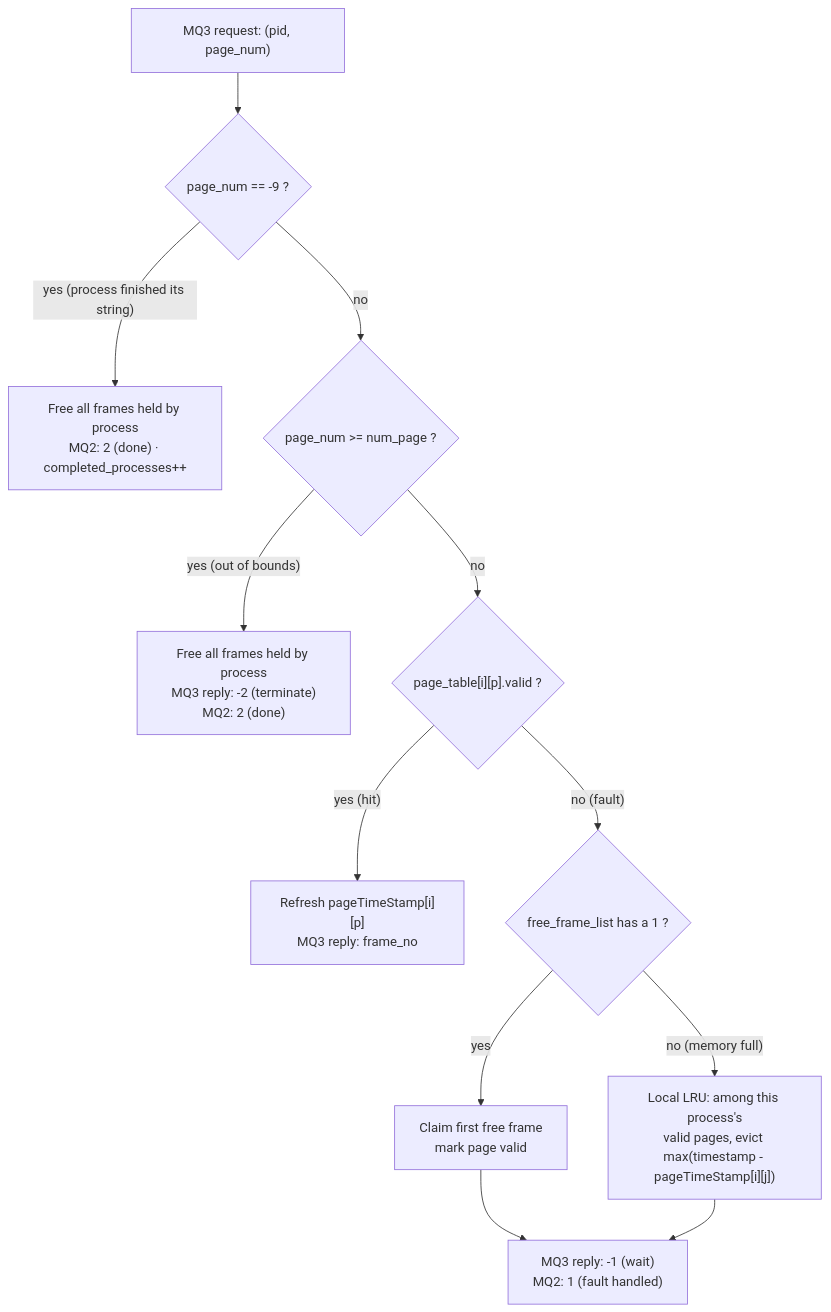
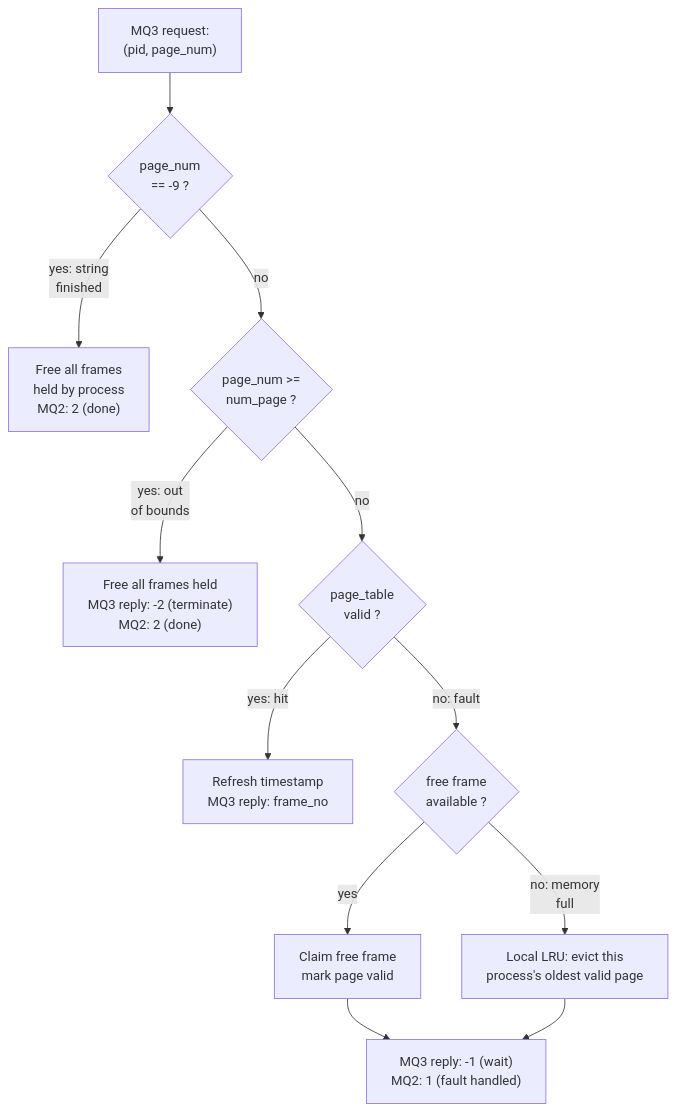
Before and after one commit to amanjuneja420/virtual-memory-simulation: the second of 3 diagrams in README.md, drawn with Mermaid. The commit also changed other lines of this file, not shown here.

Commit message:
Fix mermaid flowchart text overflow with explicit <br/> line breaks
Node labels using literal \n weren't wrapping in the renderer, causing
text to clip past box edges. Switched to <br/> (the syntax mermaid
flowchart nodes actually support) and shortened/wrapped every label
so nothing overflows its box.

````diff
--- a/README.md
+++ b/README.md
@@ -67,14 +67,14 @@
 ```mermaid
 flowchart TD
-    A["MQ3 request: (pid, page_num)"] --> B{"page_num == -9 ?"}
-    B -- "yes (process finished its string)" --> C["Free all frames held by process\nMQ2: 2 (done) · completed_processes++"]
-    B -- no --> D{"page_num >= num_page ?"}
-    D -- "yes (out of bounds)" --> E["Free all frames held by process\nMQ3 reply: -2 (terminate)\nMQ2: 2 (done)"]
-    D -- no --> F{"page_table[i][p].valid ?"}
-    F -- "yes (hit)" --> G["Refresh pageTimeStamp[i][p]\nMQ3 reply: frame_no"]
-    F -- "no (fault)" --> H{"free_frame_list has a 1 ?"}
-    H -- yes --> I["Claim first free frame\nmark page valid"]
-    H -- "no (memory full)" --> J["Local LRU: among this process's\nvalid pages, evict max(timestamp - pageTimeStamp[i][j])"]
-    I --> K["MQ3 reply: -1 (wait)\nMQ2: 1 (fault handled)"]
+    A["MQ3 request:<br/>(pid, page_num)"] --> B{"page_num<br/>== -9 ?"}
+    B -- "yes: string<br/>finished" --> C["Free all frames<br/>held by process<br/>MQ2: 2 (done)"]
+    B -- no --> D{"page_num >=<br/>num_page ?"}
+    D -- "yes: out<br/>of bounds" --> E["Free all frames held<br/>MQ3 reply: -2 (terminate)<br/>MQ2: 2 (done)"]
+    D -- no --> F{"page_table<br/>valid ?"}
+    F -- "yes: hit" --> G["Refresh timestamp<br/>MQ3 reply: frame_no"]
+    F -- "no: fault" --> H{"free frame<br/>available ?"}
+    H -- yes --> I["Claim free frame<br/>mark page valid"]
+    H -- "no: memory<br/>full" --> J["Local LRU: evict this<br/>process's oldest valid page"]
+    I --> K["MQ3 reply: -1 (wait)<br/>MQ2: 1 (fault handled)"]
     J --> K
 ```
````
